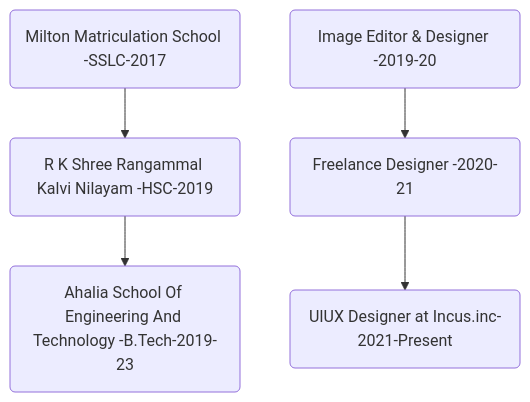
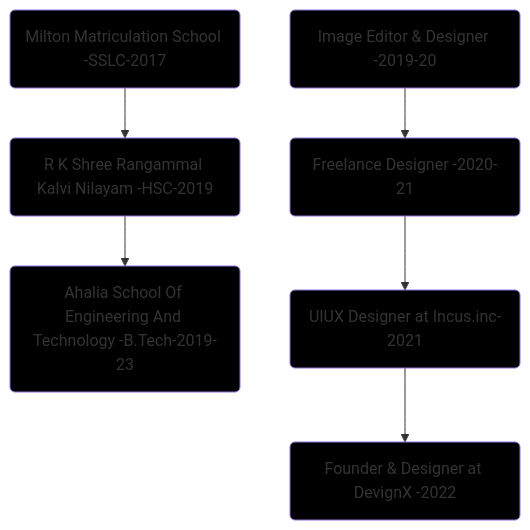
One commit to hariprasd/hariprasd changed the diagram in README.md. Above: the diagram before and after it, drawn with Mermaid. The commit also changed other lines of this file, not shown here.

````diff
--- a/README.md
+++ b/README.md
@@ -47,7 +53,9 @@
 ```mermaid
 graph TD;
-    A(Milton Matriculation School -SSLC-2017)-->B(R K Shree Rangammal Kalvi Nilayam -HSC-2019);
-    B(R K Shree Rangammal Kalvi Nilayam -HSC-2019)-->C(Ahalia School Of Engineering And Technology -B.Tech-2019-23);
-    D(Image Editor & Designer -2019-20)-->E(Freelance Designer -2020-21);
-    E(Freelance Designer -2020-21)-->F(UIUX Designer at Incus.inc-2021-Present);
+    A(Milton Matriculation School -SSLC-2017):::fb -->B(R K Shree Rangammal Kalvi Nilayam -HSC-2019):::fb;
+    B(R K Shree Rangammal Kalvi Nilayam -HSC-2019):::fb-->C(Ahalia School Of Engineering And Technology -B.Tech-2019-23):::fb;
+    D(Image Editor & Designer -2019-20):::fb-->E(Freelance Designer -2020-21):::fb;
+    E(Freelance Designer -2020-21):::fb-->F(UIUX Designer at Incus.inc-2021):::fb;
+    F(UIUX Designer at Incus.inc-2021):::fb-->G(Founder & Designer at DevignX -2022):::fb;
+    classDef fb fill:#000
 ```
````
